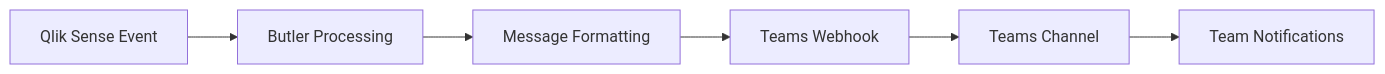
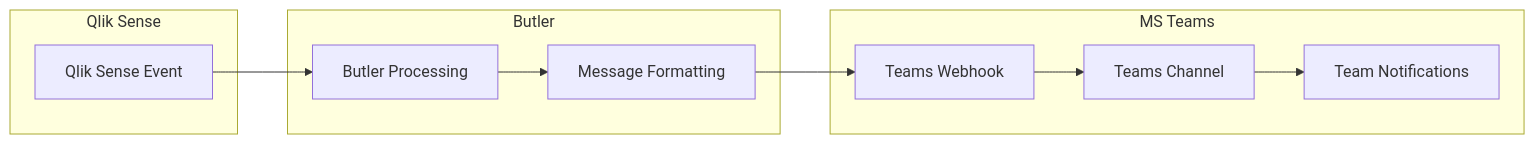
Before and after one commit to ptarmiganlabs/butler-docs: the diagram in vitepress-site/docs/docs/concepts/teams-messaging.md, drawn with Mermaid. The commit also changed other lines of this file and 14 other files, not shown here.

````diff
--- a/vitepress-site/docs/docs/concepts/teams-messaging.md
+++ b/vitepress-site/docs/docs/concepts/teams-messaging.md
@@ -32,8 +32,23 @@
 ```mermaid
 graph LR
-    A[Qlik Sense Event] --> B[Butler Processing]
-    B --> C[Message Formatting]
-    C --> D[Teams Webhook]
-    D --> E[Teams Channel]
-    E --> F[Team Notifications]
+    subgraph QS["Qlik Sense"]
+        A[Qlik Sense Event]
+    end
+
+    subgraph Butler["Butler"]
+        B[Butler Processing]
+        C[Message Formatting]
+    end
+
+    subgraph Teams["MS Teams"]
+        D[Teams Webhook]
+        E[Teams Channel]
+        F[Team Notifications]
+    end
+
+    A --> B
+    B --> C
+    C --> D
+    D --> E
+    E --> F
 ```
````
